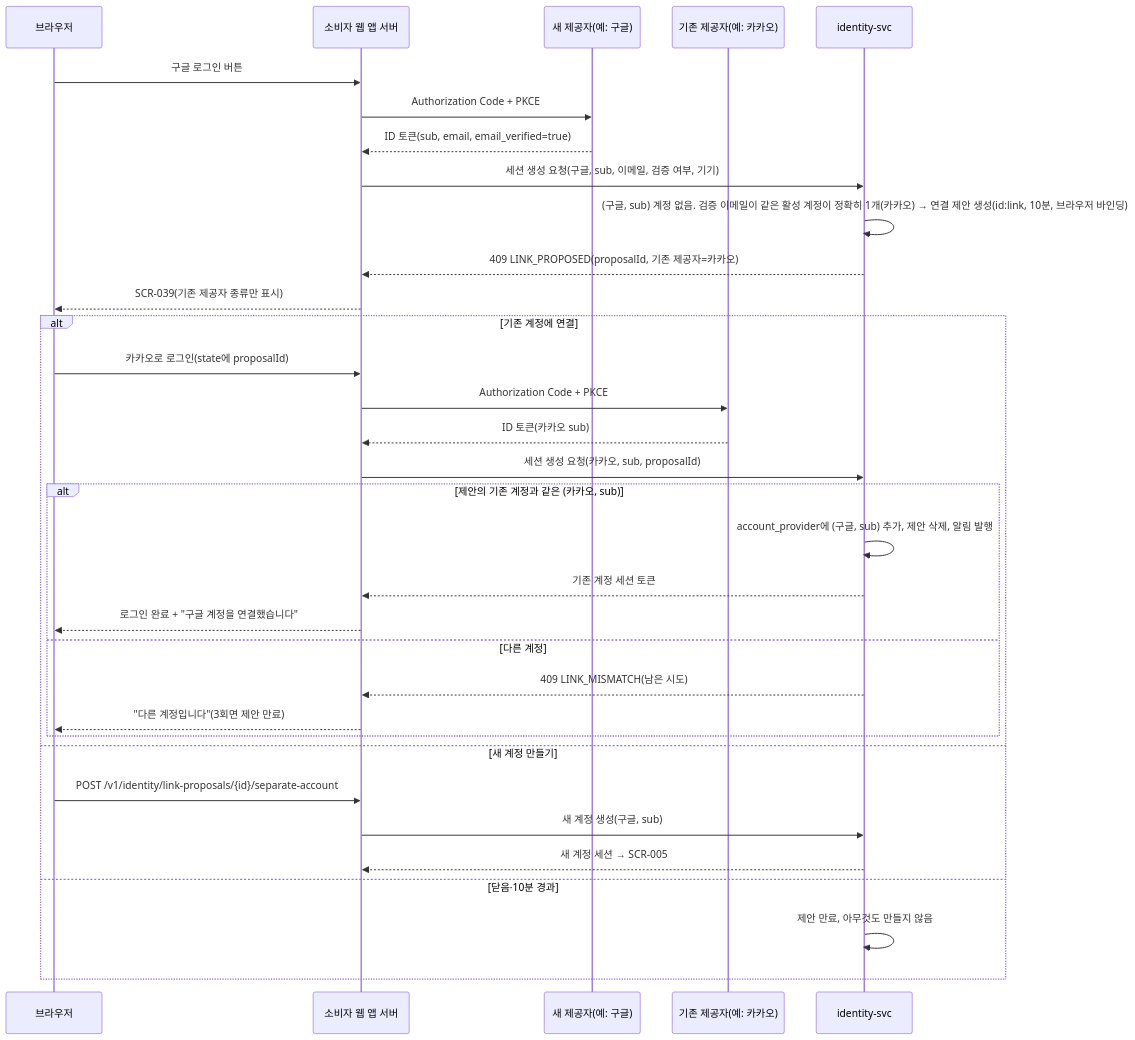
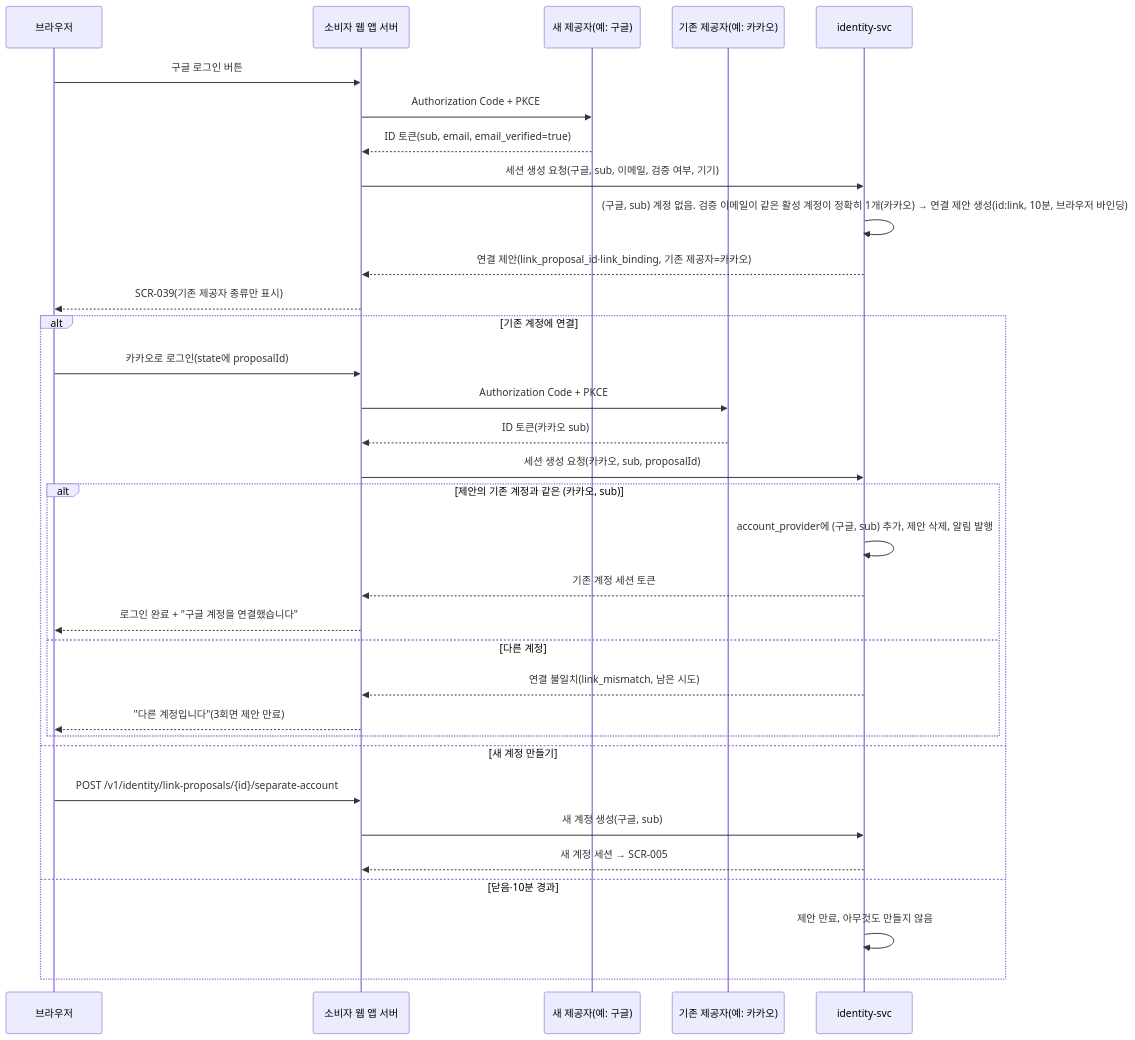
The second of 4 diagrams in docs/features/identity.md (peaket/peaket), drawn with Mermaid before and after one commit. The commit also changed other lines of this file and 55 other files, not shown here.

````diff
--- a/docs/features/identity.md
+++ b/docs/features/identity.md
@@ -69,35 +69,35 @@
 ```mermaid
 sequenceDiagram
     participant B as 브라우저
     participant W as 소비자 웹 앱 서버
     participant G as 새 제공자(예: 구글)
     participant K as 기존 제공자(예: 카카오)
     participant I as identity-svc
     B->>W: 구글 로그인 버튼
     W->>G: Authorization Code + PKCE
     G-->>W: ID 토큰(sub, email, email_verified=true)
     W->>I: 세션 생성 요청(구글, sub, 이메일, 검증 여부, 기기)
     I->>I: (구글, sub) 계정 없음. 검증 이메일이 같은 활성 계정이 정확히 1개(카카오) → 연결 제안 생성(id:link, 10분, 브라우저 바인딩)
-    I-->>W: 409 LINK_PROPOSED(proposalId, 기존 제공자=카카오)
+    I-->>W: 연결 제안(link_proposal_id·link_binding, 기존 제공자=카카오)
     W-->>B: SCR-039(기존 제공자 종류만 표시)
     alt 기존 계정에 연결
         B->>W: 카카오로 로그인(state에 proposalId)
         W->>K: Authorization Code + PKCE
         K-->>W: ID 토큰(카카오 sub)
         W->>I: 세션 생성 요청(카카오, sub, proposalId)
         alt 제안의 기존 계정과 같은 (카카오, sub)
             I->>I: account_provider에 (구글, sub) 추가, 제안 삭제, 알림 발행
             I-->>W: 기존 계정 세션 토큰
             W-->>B: 로그인 완료 + "구글 계정을 연결했습니다"
         else 다른 계정
-            I-->>W: 409 LINK_MISMATCH(남은 시도)
+            I-->>W: 연결 불일치(link_mismatch, 남은 시도)
             W-->>B: "다른 계정입니다"(3회면 제안 만료)
         end
     else 새 계정 만들기
         B->>W: POST /v1/identity/link-proposals/{id}/separate-account
         W->>I: 새 계정 생성(구글, sub)
         I-->>W: 새 계정 세션 → SCR-005
     else 닫음·10분 경과
         I->>I: 제안 만료, 아무것도 만들지 않음
     end
 ```
````
